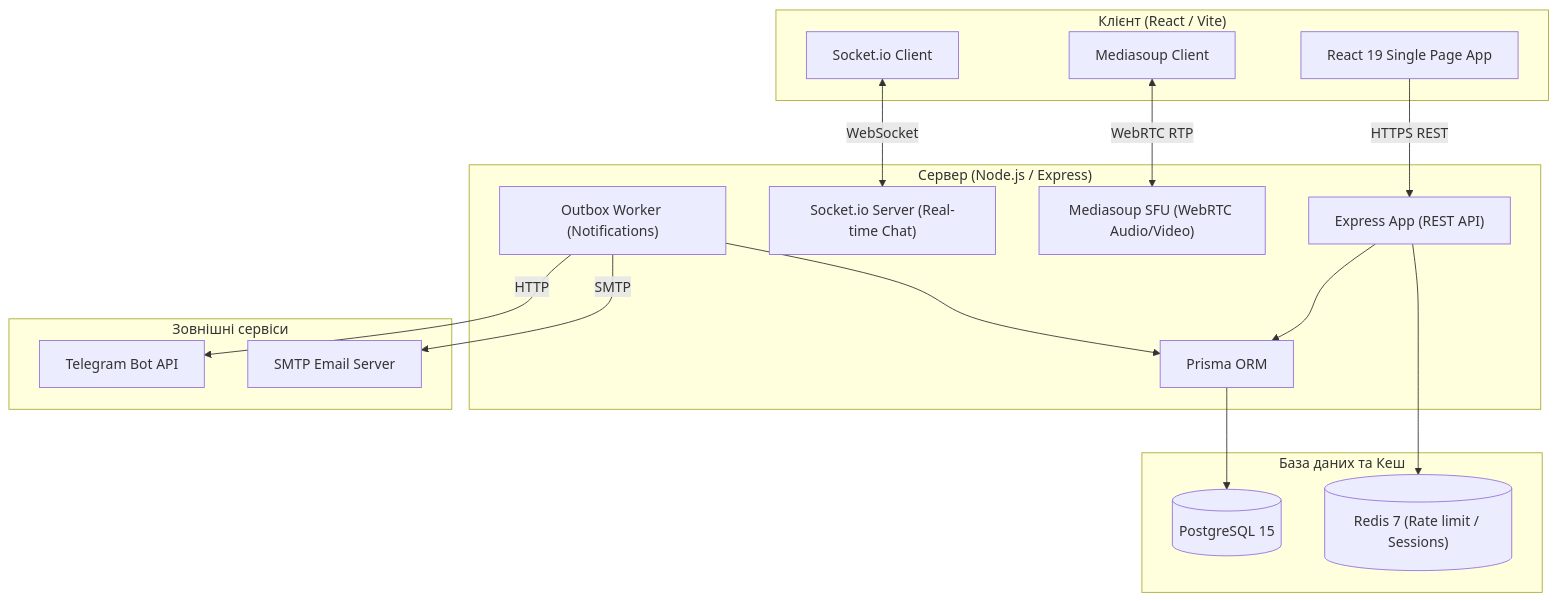
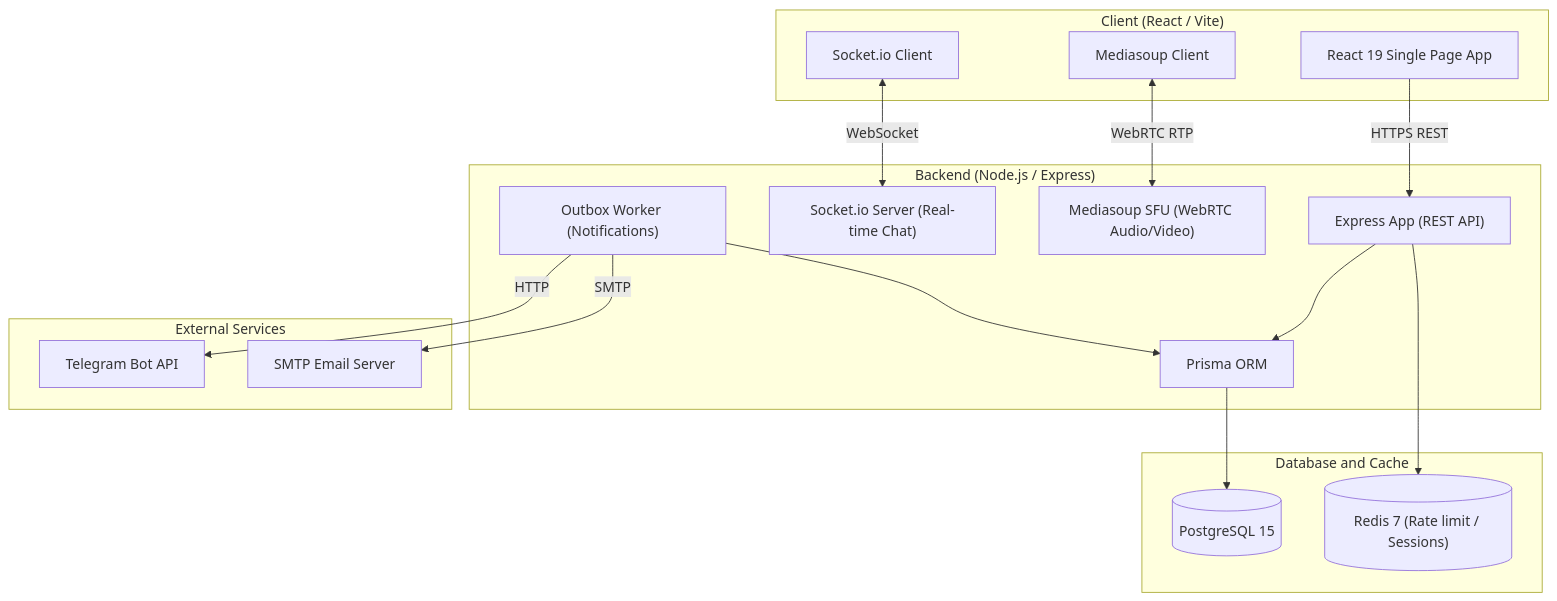
The diagram in README.md (AnatoliiYarmolenko/ttrpg-platform), drawn with Mermaid before and after one commit. The commit also changed other lines of this file, not shown here.

````diff
--- a/README.md
+++ b/README.md
@@ -118,38 +118,38 @@
 ```mermaid
 graph TD
-    subgraph Client ["Клієнт (React / Vite)"]
+    subgraph Client ["Client (React / Vite)"]
         UI["React 19 Single Page App"]
         WS_C["Socket.io Client"]
         RTC_C["Mediasoup Client"]
     end
 
-    subgraph Backend ["Сервер (Node.js / Express)"]
+    subgraph Backend ["Backend (Node.js / Express)"]
         API["Express App (REST API)"]
         WS_S["Socket.io Server (Real-time Chat)"]
         SFU["Mediasoup SFU (WebRTC Audio/Video)"]
         Prisma["Prisma ORM"]
         Outbox["Outbox Worker (Notifications)"]
     end
 
-    subgraph Data ["База даних та Кеш"]
+    subgraph Data ["Database and Cache"]
         DB[("PostgreSQL 15")]
         Cache[("Redis 7 (Rate limit / Sessions)")]
     end
 
-    subgraph External ["Зовнішні сервіси"]
+    subgraph External ["External Services"]
         TG["Telegram Bot API"]
         Email["SMTP Email Server"]
     end
 
     UI -->|HTTPS REST| API
     WS_C <-->|WebSocket| WS_S
     RTC_C <-->|WebRTC RTP| SFU
   
     API --> Prisma
     Prisma --> DB
     API --> Cache
   
     Outbox --> Prisma
     Outbox -->|HTTP| TG
     Outbox -->|SMTP| Email
 ```
````
